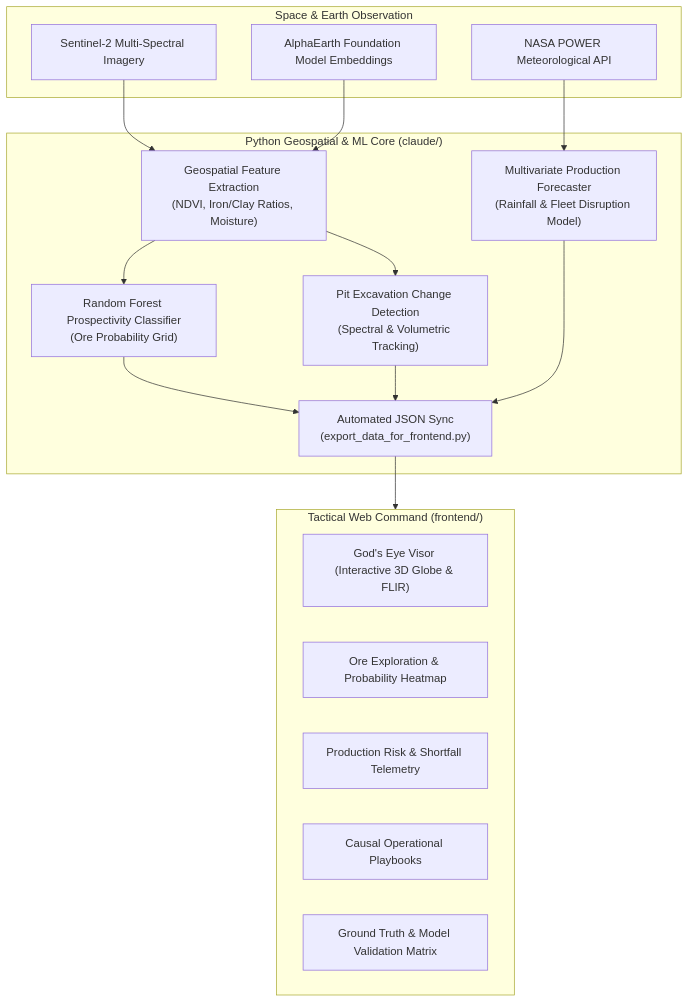
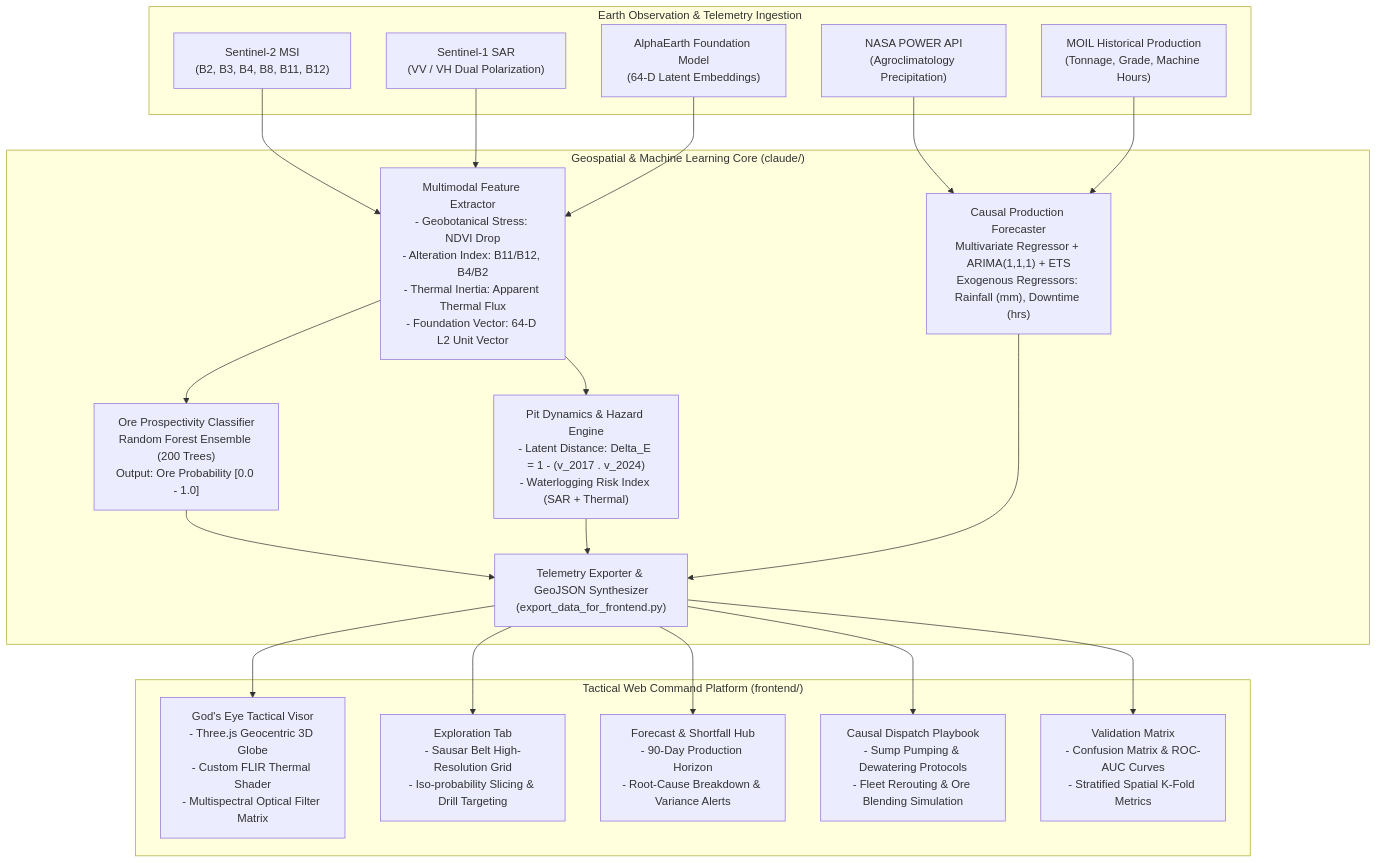
One commit to useriswild7099/ADHARA- changed the diagram in README.md. Above: the diagram before and after it, drawn with Mermaid. The commit also changed other lines of this file and 3 other files, not shown here.

````diff
--- a/README.md
+++ b/README.md
@@ -15,34 +23,48 @@
 ```mermaid
 flowchart TB
-    subgraph SpaceTech["Space & Earth Observation"]
-        S2["Sentinel-2 Multi-Spectral Imagery"]
-        NASA["NASA POWER Meteorological API"]
-        AE["AlphaEarth Foundation Model Embeddings"]
+    subgraph DataIngestion["Earth Observation & Telemetry Ingestion"]
+        S2["Sentinel-2 MSI\n(B2, B3, B4, B8, B11, B12)"]
+        S1["Sentinel-1 SAR\n(VV / VH Dual Polarization)"]
+        NASA["NASA POWER API\n(Agroclimatology Precipitation)"]
+        AE["AlphaEarth Foundation Model\n(64-D Latent Embeddings)"]
+        MOIL_HIST["MOIL Historical Production\n(Tonnage, Grade, Machine Hours)"]
     end
 
-    subgraph AI_Engine["Python Geospatial & ML Core (claude/)"]
-        FEAT["Geospatial Feature Extraction\n(NDVI, Iron/Clay Ratios, Moisture)"]
-        PROSP["Random Forest Prospectivity Classifier\n(Ore Probability Grid)"]
-        PIT["Pit Excavation Change Detection\n(Spectral & Volumetric Tracking)"]
-        FC["Multivariate Production Forecaster\n(Rainfall & Fleet Disruption Model)"]
-        EXPORT["Automated JSON Sync\n(export_data_for_frontend.py)"]
+    subgraph AnalyticalPipeline["Geospatial & Machine Learning Core (claude/)"]
+        FEAT["Multimodal Feature Extractor\n- Geobotanical Stress: NDVI Drop\n- Alteration Index: B11/B12, B4/B2\n- Thermal Inertia: Apparent Thermal Flux\n- Foundation Vector: 64-D L2 Unit Vector"]
+        
+        PROSP["Ore Prospectivity Classifier\nRandom Forest Ensemble (200 Trees)\nOutput: Ore Probability [0.0 - 1.0]"]
+        
+        TEMPORAL["Pit Dynamics & Hazard Engine\n- Latent Distance: Delta_E = 1 - (v_2017 . v_2024)\n- Waterlogging Risk Index (SAR + Thermal)"]
+        
+        FORECAST["Causal Production Forecaster\nMultivariate Regressor + ARIMA(1,1,1) + ETS\nExogenous Regressors: Rainfall (mm), Downtime (hrs)"]
+        
+        EXPORT["Telemetry Exporter & GeoJSON Synthesizer\n(export_data_for_frontend.py)"]
     end
 
-    subgraph WebCockpit["Tactical Web Command (frontend/)"]
-        GE["God's Eye Visor (Interactive 3D Globe & FLIR)"]
-        EXP["Ore Exploration & Probability Heatmap"]
-        FCT["Production Risk & Shortfall Telemetry"]
-        PLY["Causal Operational Playbooks"]
-        VAL["Ground Truth & Model Validation Matrix"]
+    subgraph ClientCockpit["Tactical Web Command Platform (frontend/)"]
+        VISOR["God's Eye Tactical Visor\n- Three.js Geocentric 3D Globe\n- Custom FLIR Thermal Shader\n- Multispectral Optical Filter Matrix"]
+        EXPLORE["Exploration Tab\n- Sausar Belt High-Resolution Grid\n- Iso-probability Slicing & Drill Targeting"]
+        TELEMETRY["Forecast & Shortfall Hub\n- 90-Day Production Horizon\n- Root-Cause Breakdown & Variance Alerts"]
+        PLAYBOOK["Causal Dispatch Playbook\n- Sump Pumping & Dewatering Protocols\n- Fleet Rerouting & Ore Blending Simulation"]
+        VALID["Validation Matrix\n- Confusion Matrix & ROC-AUC Curves\n- Stratified Spatial K-Fold Metrics"]
     end
 
     S2 --> FEAT
-    NASA --> FC
+    S1 --> FEAT
     AE --> FEAT
+    NASA --> FORECAST
+    MOIL_HIST --> FORECAST
+
     FEAT --> PROSP
-    FEAT --> PIT
+    FEAT --> TEMPORAL
     PROSP --> EXPORT
-    PIT --> EXPORT
-    FC --> EXPORT
-    EXPORT --> WebCockpit
+    TEMPORAL --> EXPORT
+    FORECAST --> EXPORT
+
+    EXPORT --> VISOR
+    EXPORT --> EXPLORE
+    EXPORT --> TELEMETRY
+    EXPORT --> PLAYBOOK
+    EXPORT --> VALID
 ```
````
